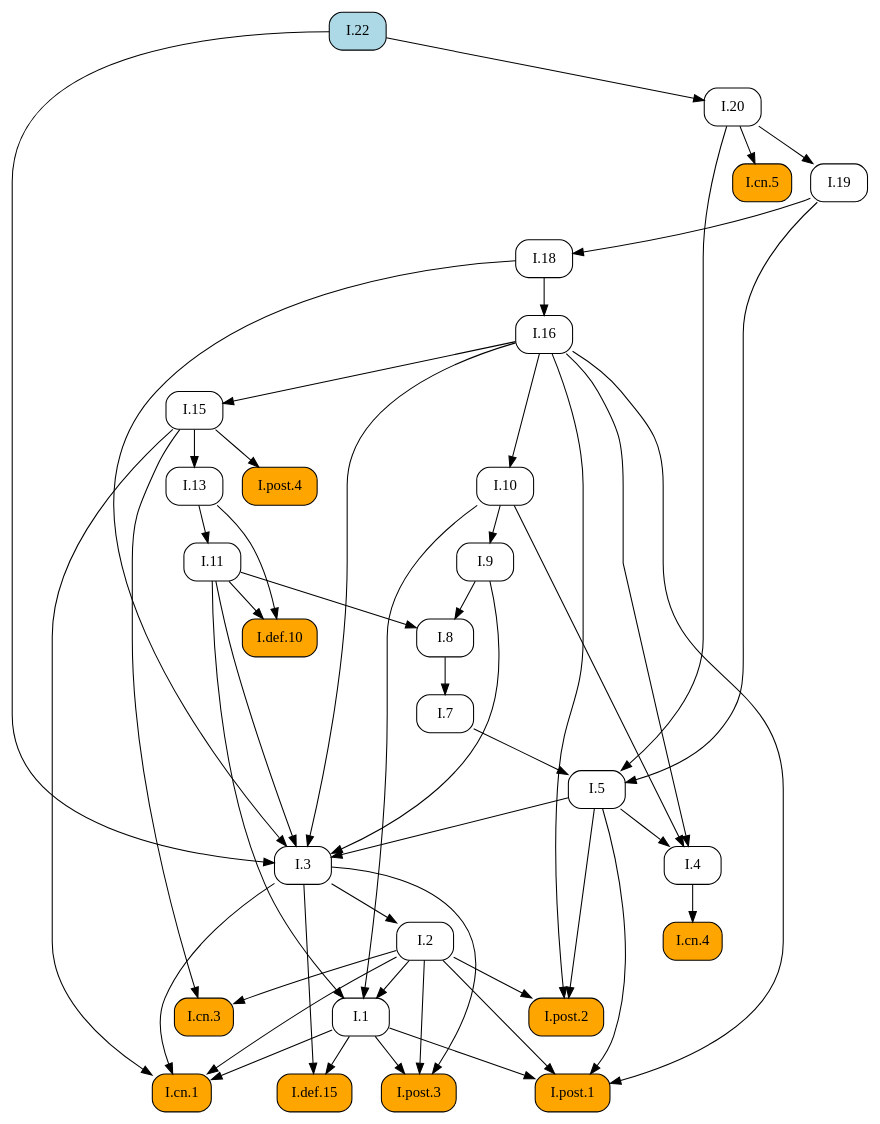
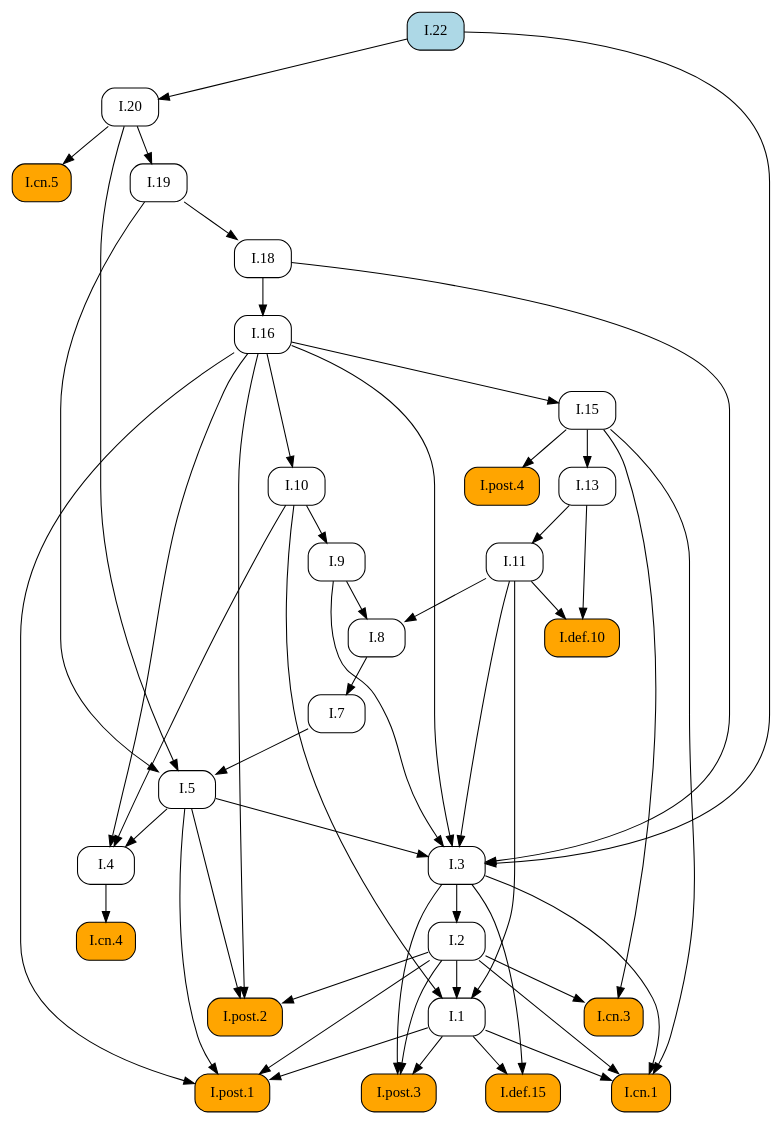
One commit to geometor/elements changed the diagram in docsrc/elements2/I/22/index.rst. Above: the diagram before and after it, drawn with Graphviz. The commit also changed other lines of this file and 171 other files, not shown here.

```diff
--- a/docsrc/elements2/I/22/index.rst
+++ b/docsrc/elements2/I/22/index.rst
@@ -91,82 +91,82 @@
    digraph {
      rankdir="TB";
      node [shape=box, style=rounded];
+     "I.8" [URL="/elements2/I/8/", target="_top"];
+     "I.19" [URL="/elements2/I/19/", target="_top"];
+     "I.1" [URL="/elements2/I/1/", target="_top"];
+     "I.cn.3" [style="rounded,filled", fillcolor=orange, URL="/elements2/I/cn.3/", target="_top"];
+     "I.cn.4" [style="rounded,filled", fillcolor=orange, URL="/elements2/I/cn.4/", target="_top"];
+     "I.7" [URL="/elements2/I/7/", target="_top"];
+     "I.post.1" [style="rounded,filled", fillcolor=orange, URL="/elements2/I/post.1/", target="_top"];
+     "I.9" [URL="/elements2/I/9/", target="_top"];
+     "I.5" [URL="/elements2/I/5/", target="_top"];
+     "I.cn.1" [style="rounded,filled", fillcolor=orange, URL="/elements2/I/cn.1/", target="_top"];
      "I.16" [URL="/elements2/I/16/", target="_top"];
      "I.def.10" [style="rounded,filled", fillcolor=orange, URL="/elements2/I/def.10/", target="_top"];
-     "I.9" [URL="/elements2/I/9/", target="_top"];
      "I.18" [URL="/elements2/I/18/", target="_top"];
+     "I.13" [URL="/elements2/I/13/", target="_top"];
+     "I.post.4" [style="rounded,filled", fillcolor=orange, URL="/elements2/I/post.4/", target="_top"];
+     "I.2" [URL="/elements2/I/2/", target="_top"];
+     "I.def.15" [style="rounded,filled", fillcolor=orange, URL="/elements2/I/def.15/", target="_top"];
+     "I.cn.5" [style="rounded,filled", fillcolor=orange, URL="/elements2/I/cn.5/", target="_top"];
+     "I.4" [URL="/elements2/I/4/", target="_top"];
+     "I.22" [style="rounded,filled", fillcolor=lightblue, URL="/elements2/I/22/", target="_top"];
+     "I.11" [URL="/elements2/I/11/", target="_top"];
+     "I.10" [URL="/elements2/I/10/", target="_top"];
+     "I.15" [URL="/elements2/I/15/", target="_top"];
      "I.20" [URL="/elements2/I/20/", target="_top"];
-     "I.2" [URL="/elements2/I/2/", target="_top"];
-     "I.8" [URL="/elements2/I/8/", target="_top"];
-     "I.15" [URL="/elements2/I/15/", target="_top"];
-     "I.def.15" [style="rounded,filled", fillcolor=orange, URL="/elements2/I/def.15/", target="_top"];
-     "I.cn.4" [style="rounded,filled", fillcolor=orange, URL="/elements2/I/cn.4/", target="_top"];
+     "I.3" [URL="/elements2/I/3/", target="_top"];
+     "I.post.2" [style="rounded,filled", fillcolor=orange, URL="/elements2/I/post.2/", target="_top"];
      "I.post.3" [style="rounded,filled", fillcolor=orange, URL="/elements2/I/post.3/", target="_top"];
-     "I.1" [URL="/elements2/I/1/", target="_top"];
-     "I.22" [style="rounded,filled", fillcolor=lightblue, URL="/elements2/I/22/", target="_top"];
-     "I.post.2" [style="rounded,filled", fillcolor=orange, URL="/elements2/I/post.2/", target="_top"];
-     "I.13" [URL="/elements2/I/13/", target="_top"];
-     "I.10" [URL="/elements2/I/10/", target="_top"];
-     "I.post.1" [style="rounded,filled", fillcolor=orange, URL="/elements2/I/post.1/", target="_top"];
-     "I.7" [URL="/elements2/I/7/", target="_top"];
-     "I.post.4" [style="rounded,filled", fillcolor=orange, URL="/elements2/I/post.4/", target="_top"];
-     "I.cn.1" [style="rounded,filled", fillcolor=orange, URL="/elements2/I/cn.1/", target="_top"];
-     "I.3" [URL="/elements2/I/3/", target="_top"];
-     "I.cn.3" [style="rounded,filled", fillcolor=orange, URL="/elements2/I/cn.3/", target="_top"];
-     "I.cn.5" [style="rounded,filled", fillcolor=orange, URL="/elements2/I/cn.5/", target="_top"];
-     "I.11" [URL="/elements2/I/11/", target="_top"];
-     "I.19" [URL="/elements2/I/19/", target="_top"];
-     "I.5" [URL="/elements2/I/5/", target="_top"];
-     "I.4" [URL="/elements2/I/4/", target="_top"];
-     "I.18" -> "I.16";
-     "I.11" -> "I.def.10";
-     "I.13" -> "I.def.10";
-     "I.10" -> "I.9";
-     "I.19" -> "I.18";
-     "I.22" -> "I.20";
-     "I.3" -> "I.2";
      "I.9" -> "I.8";
      "I.11" -> "I.8";
-     "I.16" -> "I.15";
-     "I.1" -> "I.def.15";
-     "I.3" -> "I.def.15";
-     "I.4" -> "I.cn.4";
-     "I.1" -> "I.post.3";
-     "I.2" -> "I.post.3";
-     "I.3" -> "I.post.3";
+     "I.20" -> "I.19";
      "I.2" -> "I.1";
      "I.10" -> "I.1";
      "I.11" -> "I.1";
-     "I.2" -> "I.post.2";
-     "I.5" -> "I.post.2";
-     "I.16" -> "I.post.2";
-     "I.15" -> "I.13";
-     "I.16" -> "I.10";
+     "I.2" -> "I.cn.3";
+     "I.15" -> "I.cn.3";
+     "I.4" -> "I.cn.4";
+     "I.8" -> "I.7";
      "I.1" -> "I.post.1";
      "I.2" -> "I.post.1";
      "I.5" -> "I.post.1";
      "I.16" -> "I.post.1";
-     "I.8" -> "I.7";
-     "I.15" -> "I.post.4";
+     "I.10" -> "I.9";
+     "I.7" -> "I.5";
+     "I.19" -> "I.5";
+     "I.20" -> "I.5";
      "I.1" -> "I.cn.1";
      "I.2" -> "I.cn.1";
      "I.3" -> "I.cn.1";
      "I.15" -> "I.cn.1";
+     "I.18" -> "I.16";
+     "I.11" -> "I.def.10";
+     "I.13" -> "I.def.10";
+     "I.19" -> "I.18";
+     "I.15" -> "I.13";
+     "I.15" -> "I.post.4";
+     "I.3" -> "I.2";
+     "I.1" -> "I.def.15";
+     "I.3" -> "I.def.15";
+     "I.20" -> "I.cn.5";
+     "I.5" -> "I.4";
+     "I.10" -> "I.4";
+     "I.16" -> "I.4";
+     "I.13" -> "I.11";
+     "I.16" -> "I.10";
+     "I.16" -> "I.15";
+     "I.22" -> "I.20";
      "I.5" -> "I.3";
      "I.9" -> "I.3";
      "I.11" -> "I.3";
      "I.16" -> "I.3";
      "I.18" -> "I.3";
      "I.22" -> "I.3";
-     "I.2" -> "I.cn.3";
-     "I.15" -> "I.cn.3";
-     "I.20" -> "I.cn.5";
-     "I.13" -> "I.11";
-     "I.20" -> "I.19";
-     "I.7" -> "I.5";
-     "I.19" -> "I.5";
-     "I.20" -> "I.5";
-     "I.5" -> "I.4";
-     "I.10" -> "I.4";
-     "I.16" -> "I.4";
+     "I.2" -> "I.post.2";
+     "I.5" -> "I.post.2";
+     "I.16" -> "I.post.2";
+     "I.1" -> "I.post.3";
+     "I.2" -> "I.post.3";
+     "I.3" -> "I.post.3";
    }
```
